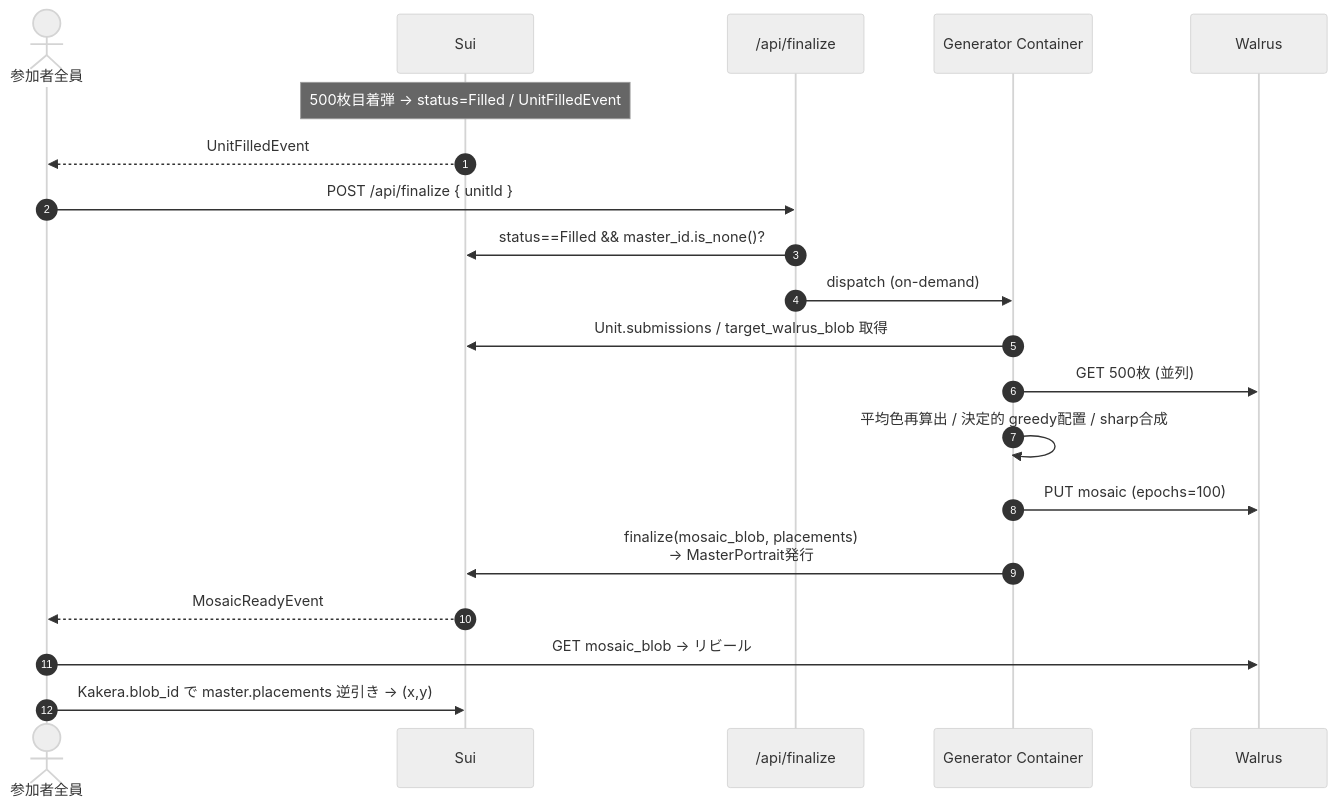
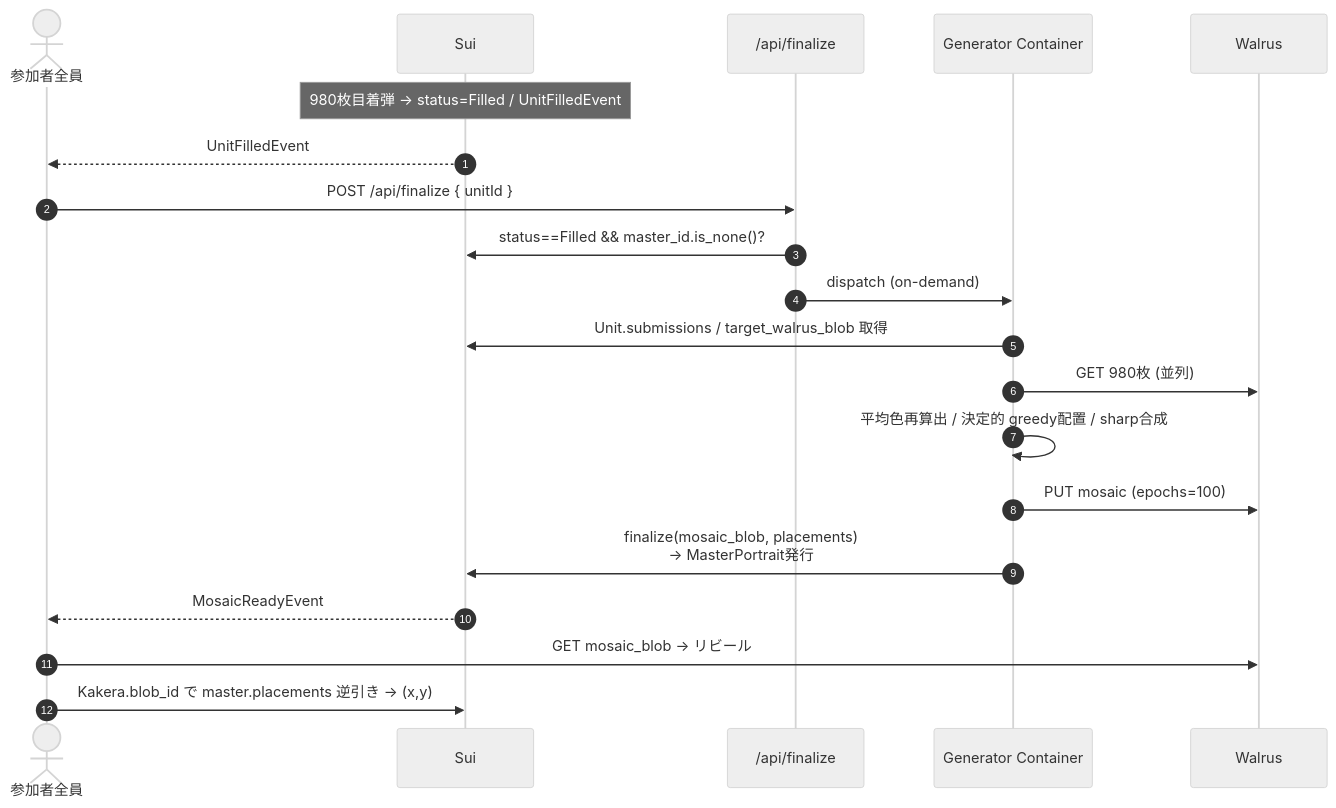
The second of 2 diagrams in docs/tech.md (UnagiLabs/one_portrait), drawn with Mermaid (neutral theme) before and after one commit. The commit also changed other lines of this file and 16 other files, not shown here.

````diff
--- a/docs/tech.md
+++ b/docs/tech.md
@@ -57,23 +57,23 @@
 ```mermaid
 sequenceDiagram
     autonumber
     actor Clients as 参加者全員
     participant Sui
     participant Worker as /api/finalize
     participant Gen as Generator Container
     participant Walrus
 
-    Note over Sui: 500枚目着弾 → status=Filled / UnitFilledEvent
+    Note over Sui: 980枚目着弾 → status=Filled / UnitFilledEvent
     Sui-->>Clients: UnitFilledEvent
     Clients->>Worker: POST /api/finalize { unitId }
     Worker->>Sui: status==Filled && master_id.is_none()?
     Worker->>Gen: dispatch (on-demand)
     Gen->>Sui: Unit.submissions / target_walrus_blob 取得
-    Gen->>Walrus: GET 500枚 (並列)
+    Gen->>Walrus: GET 980枚 (並列)
     Gen->>Gen: 平均色再算出 / 決定的 greedy配置 / sharp合成
     Gen->>Walrus: PUT mosaic (epochs=100)
     Gen->>Sui: finalize(mosaic_blob, placements)<br/>→ MasterPortrait発行
     Sui-->>Clients: MosaicReadyEvent
     Clients->>Walrus: GET mosaic_blob → リビール
     Clients->>Sui: Kakera.blob_id で master.placements 逆引き → (x,y)
 ```
````
